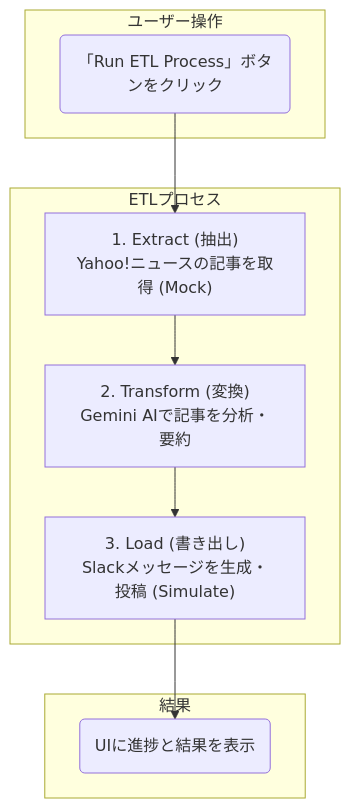
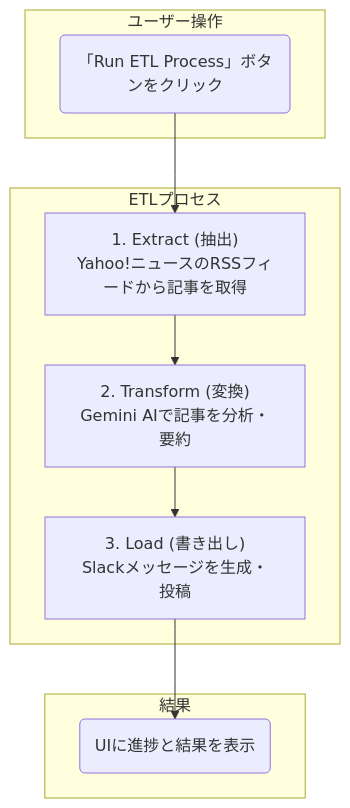
The diagram in README.md (ymkge/news-to-slack), drawn with Mermaid before and after one commit. The commit also changed other lines of this file and 6 other files, not shown here.

````diff
--- a/README.md
+++ b/README.md
@@ -21,18 +21,18 @@
 ```mermaid
 graph TD
     subgraph "ユーザー操作"
         A("「Run ETL Process」ボタンをクリック")
     end
 
     subgraph "ETLプロセス"
-        B["1. Extract (抽出)<br>Yahoo!ニュースの記事を取得 (Mock)"]
+        B["1. Extract (抽出)<br>Yahoo!ニュースのRSSフィードから記事を取得"]
         C["2. Transform (変換)<br>Gemini AIで記事を分析・要約"]
-        D["3. Load (書き出し)<br>Slackメッセージを生成・投稿 (Simulate)"]
+        D["3. Load (書き出し)<br>Slackメッセージを生成・投稿"]
     end
 
     subgraph "結果"
         E("UIに進捗と結果を表示")
     end
 
     A --> B --> C --> D --> E
 ```
````
